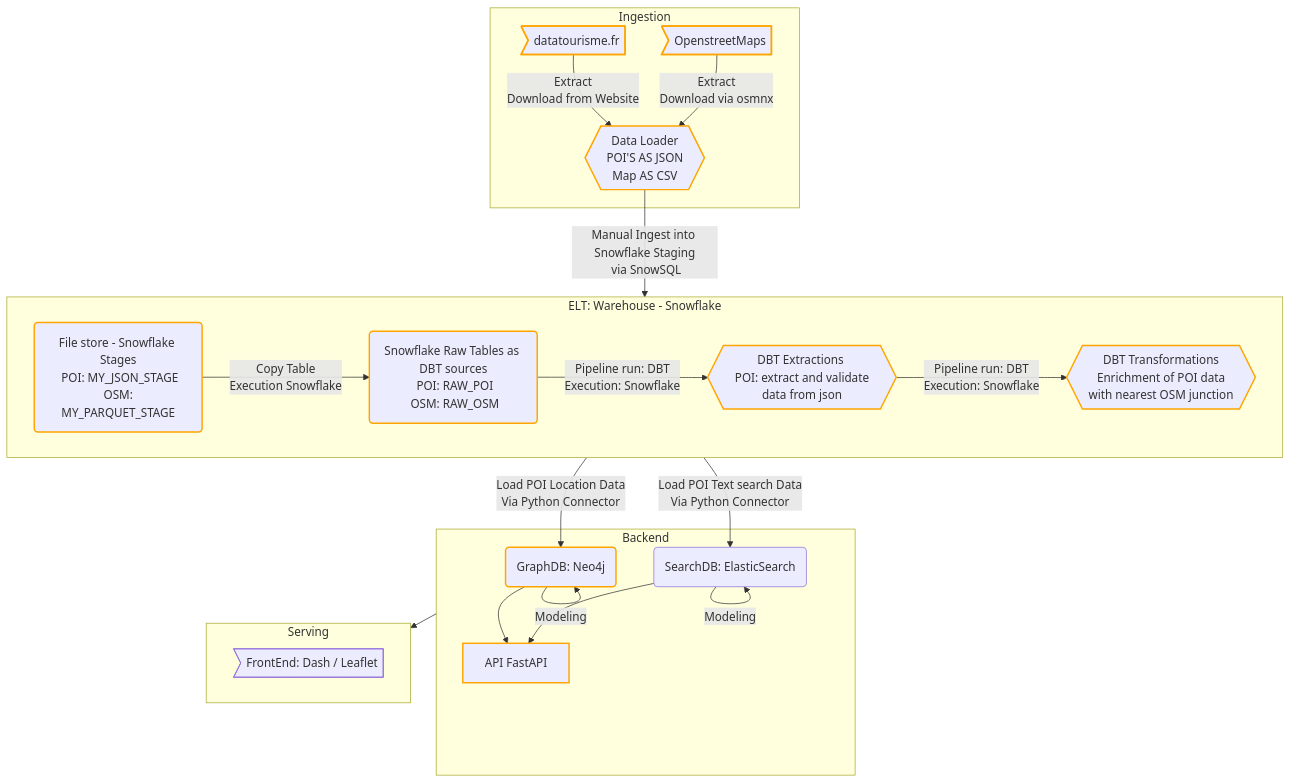
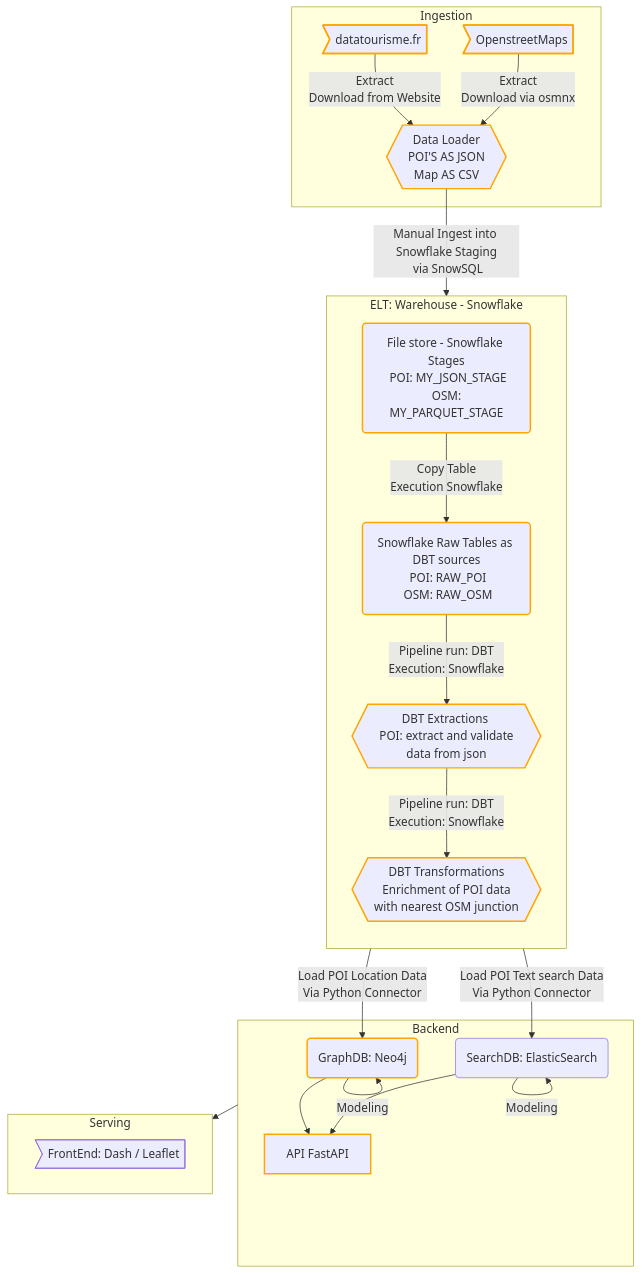
One commit to MatthausHaberkorn/de_dbtsnow_poi changed the diagram in README.md. Above: the diagram before and after it, drawn with Mermaid. The commit also changed 3 other files, not shown here.

````diff
--- a/README.md
+++ b/README.md
@@ -136,32 +136,33 @@
 ```mermaid
 flowchart TB
     subgraph  id10 [Ingestion]
         id1>datatourisme.fr]-- Extract\nDownload from Website --> id2{{Data Loader\nPOI'S AS JSON \n Map AS CSV}}
         id3>OpenstreetMaps]-- Extract\n Download via osmnx -->id2
     end
 
     subgraph id14 [ELT: Warehouse - Snowflake]
+    direction TB
         id21(File store - Snowflake Stages\n POI: MY_JSON_STAGE\n OSM: MY_PARQUET_STAGE)--Copy Table\nExecution Snowflake-->
         id31(Snowflake Raw Tables as DBT sources\n POI: RAW_POI\n OSM: RAW_OSM)--Pipeline run: DBT\n Execution: Snowflake  -->
         id22{{DBT Extractions \n POI: extract and validate data from json }}--Pipeline run: DBT\n Execution: Snowflake  -->
         id23{{DBT Transformations\n Enrichment of POI data with nearest OSM junction}}
     end
 
     id2 -- Manual Ingest into Snowflake Staging\n via SnowSQL --> id14
     subgraph id12 [Backend]
         id6(GraphDB: Neo4j) --> id7[API FastAPI]
         id8(SearchDB: ElasticSearch) --> id7
     end
 
     id14 -- Load POI Location Data\n Via Python Connector --> id6
     id14 -- Load POI Text search Data\n Via Python Connector  --> id8
     id6 -- Modeling --> id6
     id8 -- Modeling --> id8
     subgraph id13 [Serving]
         id9>FrontEnd: Dash / Leaflet]
     end
     id12 --> id13
 
 classDef myClass stroke:#ffa500,stroke-width:2px;
 class id1,id2,id3,id21,id22,id23,id6,id7,id31 myClass;
 ```
````
